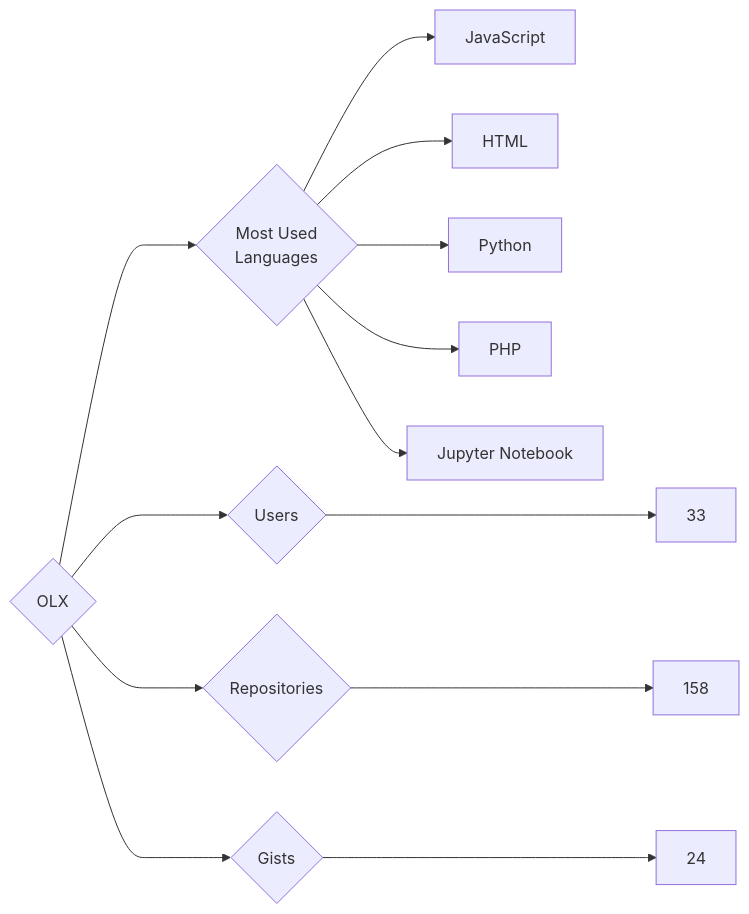
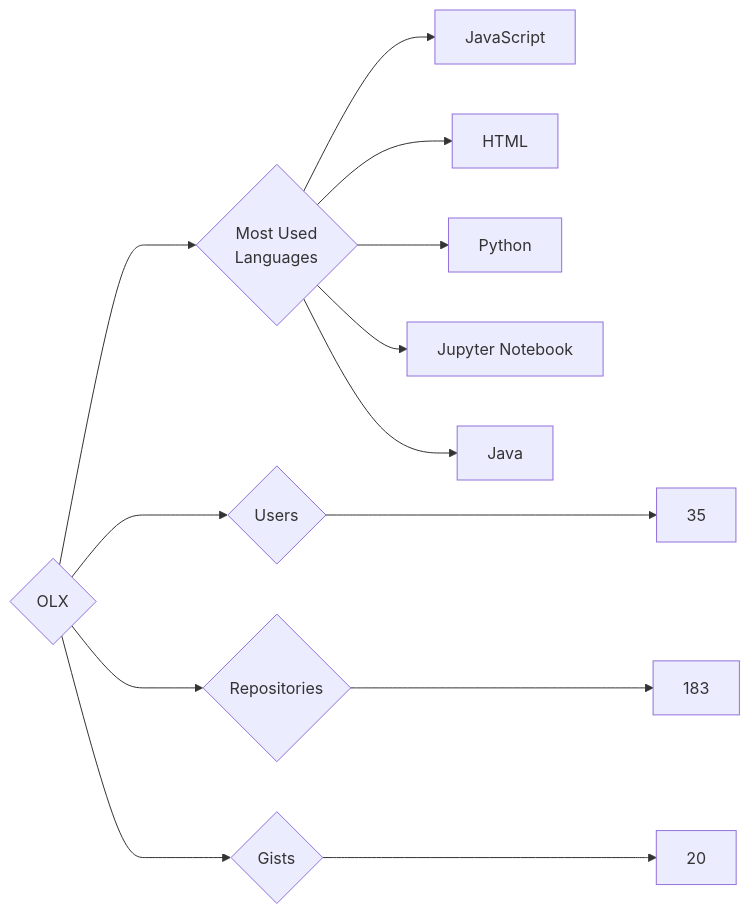
Before and after one commit to trickest/insiders: the diagram in targets/OLX/README.md, drawn with Mermaid. The commit also changed 898 other files, not shown here.

````diff
--- a/targets/OLX/README.md
+++ b/targets/OLX/README.md
@@ -3,13 +3,13 @@
 ```mermaid
 graph LR
 COMPANY_NAME{OLX}
-COMPANY_NAME ---> U{Users} ---> UN[33]
-COMPANY_NAME ---> R{Repositories} ---> RN[158]
-COMPANY_NAME ---> G{Gists} ---> GN[24]
+COMPANY_NAME ---> U{Users} ---> UN[35]
+COMPANY_NAME ---> R{Repositories} ---> RN[183]
+COMPANY_NAME ---> G{Gists} ---> GN[20]
 COMPANY_NAME ---> ML{Most Used<br>Languages}
 ML --> JavaScript[JavaScript]
 ML --> HTML[HTML]
 ML --> Python[Python]
-ML --> PHP[PHP]
 ML --> Jupyter_Notebook[Jupyter Notebook]
+ML --> Java[Java]
 ```
````
